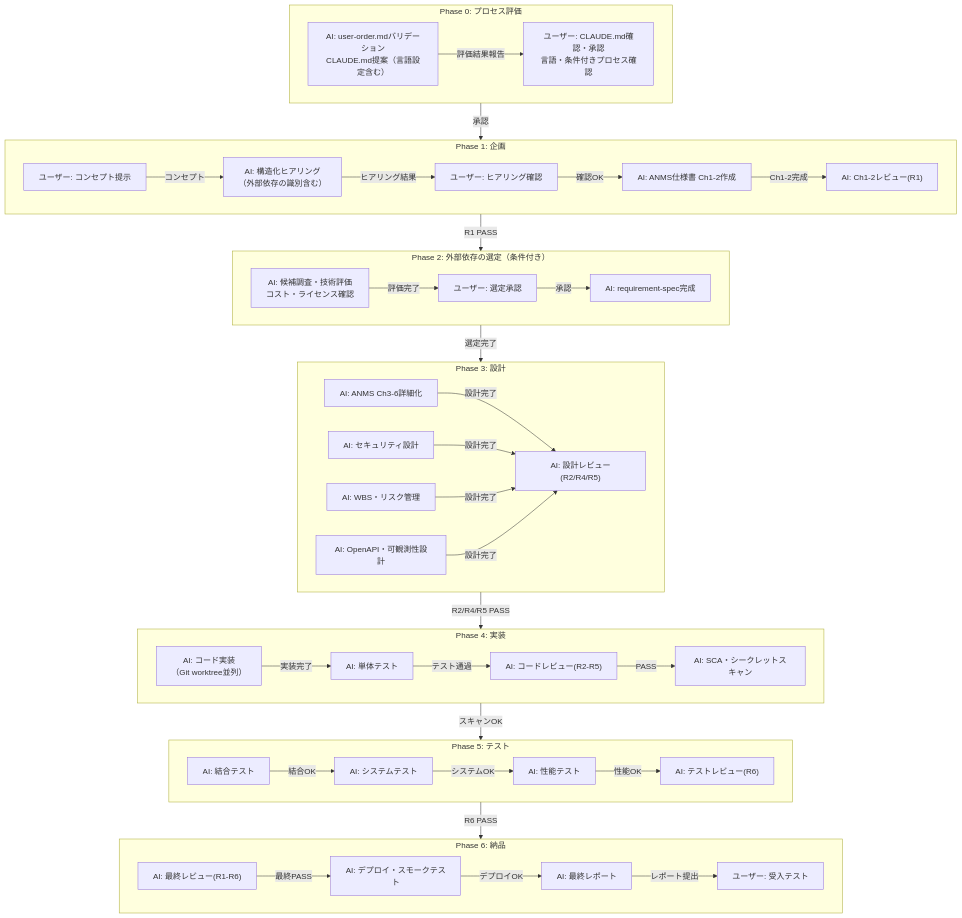
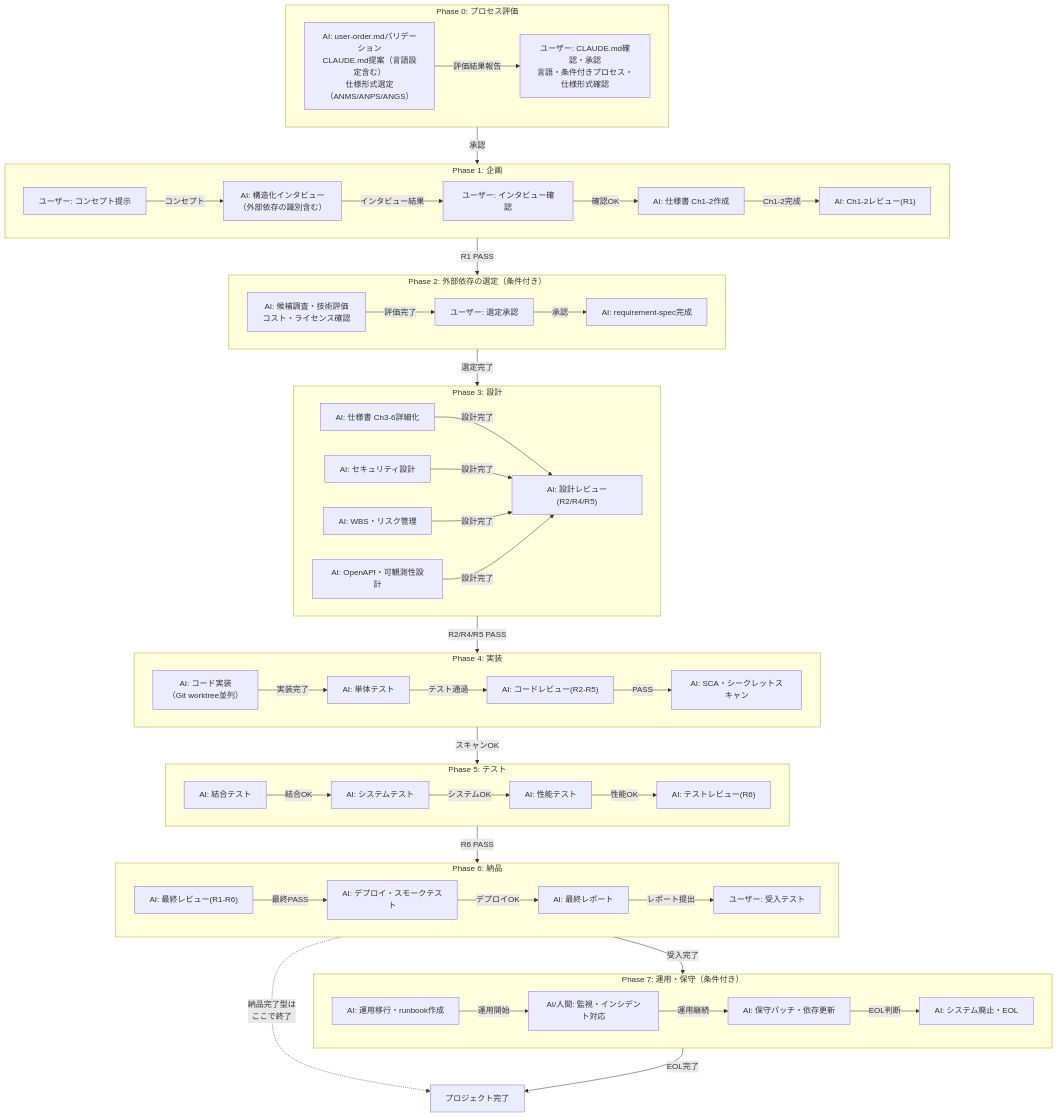
Before and after one commit to GoodRelax/claude-code-full-auto-dev: the second of 11 diagrams in process-rules/full-auto-dev-process-rules-ja.md, drawn with Mermaid. The commit also changed other lines of this file and 38 other files, not shown here.

````diff
--- a/process-rules/full-auto-dev-process-rules-ja.md
+++ b/process-rules/full-auto-dev-process-rules-ja.md
@@ -216,19 +231,19 @@
 ```mermaid
 flowchart TD
     subgraph Phase0["Phase 0: プロセス評価"]
-        P0A["AI: user-order.mdバリデーション<br/>CLAUDE.md提案（言語設定含む）"]
-        P0B["ユーザー: CLAUDE.md確認・承認<br/>言語・条件付きプロセス確認"]
+        P0A["AI: user-order.mdバリデーション<br/>CLAUDE.md提案（言語設定含む）<br/>仕様形式選定（ANMS/ANPS/ANGS）"]
+        P0B["ユーザー: CLAUDE.md確認・承認<br/>言語・条件付きプロセス・仕様形式確認"]
         P0A -->|"評価結果報告"| P0B
     end
 
     subgraph Phase1["Phase 1: 企画"]
         P1A["ユーザー: コンセプト提示"]
-        P1H["AI: 構造化ヒアリング<br/>（外部依存の識別含む）"]
-        P1HU["ユーザー: ヒアリング確認"]
-        P1B["AI: ANMS仕様書 Ch1-2作成"]
+        P1H["AI: 構造化インタビュー<br/>（外部依存の識別含む）"]
+        P1HU["ユーザー: インタビュー確認"]
+        P1B["AI: 仕様書 Ch1-2作成"]
         P1C["AI: Ch1-2レビュー(R1)"]
         P1A -->|"コンセプト"| P1H
-        P1H -->|"ヒアリング結果"| P1HU
+        P1H -->|"インタビュー結果"| P1HU
         P1HU -->|"確認OK"| P1B
         P1B -->|"Ch1-2完成"| P1C
     end
@@ -242,7 +257,7 @@
     end
 
     subgraph Phase3["Phase 3: 設計"]
-        P3DA["AI: ANMS Ch3-6詳細化"]
+        P3DA["AI: 仕様書 Ch3-6詳細化"]
         P3DB["AI: セキュリティ設計"]
         P3DC["AI: WBS・リスク管理"]
         P3DE["AI: OpenAPI・可観測性設計"]
@@ -289,4 +304,18 @@
     Phase3 -->|"R2/R4/R5 PASS"| Phase4
     Phase4 -->|"スキャンOK"| Phase5
     Phase5 -->|"R6 PASS"| Phase6
+
+    subgraph Phase7["Phase 7: 運用・保守（条件付き）"]
+        P7A["AI: 運用移行・runbook作成"]
+        P7B["AI/人間: 監視・インシデント対応"]
+        P7C["AI: 保守パッチ・依存更新"]
+        P7D["AI: システム廃止・EOL"]
+        P7A -->|"運用開始"| P7B
+        P7B -->|"運用継続"| P7C
+        P7C -->|"EOL判断"| P7D
+    end
+
+    Phase6 -->|"受入完了"| Phase7
+    Phase6 -.->|"納品完了型は<br/>ここで終了"| End["プロジェクト完了"]
+    Phase7 -->|"EOL完了"| End
 ```
````
